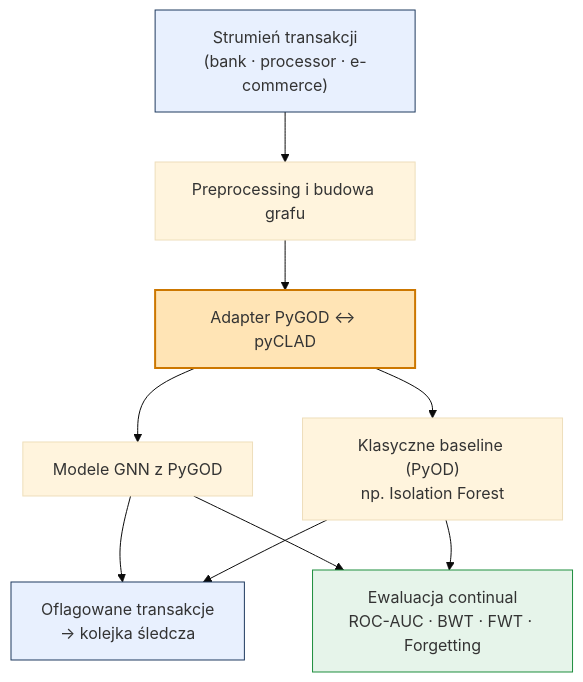
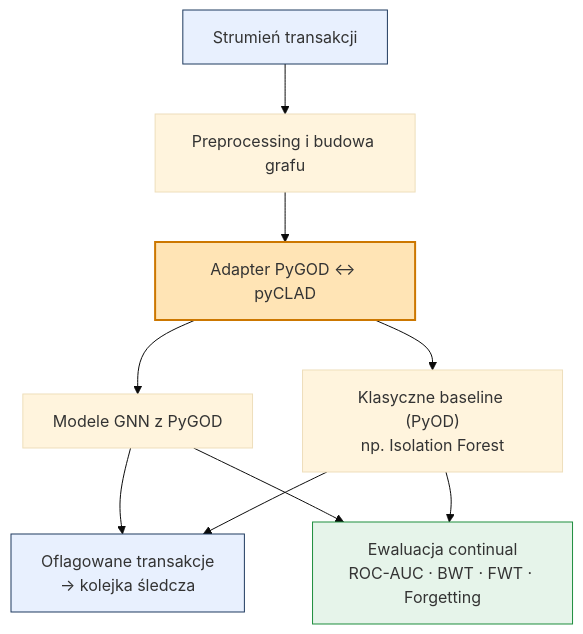
One commit to franciszekjob/continual-graph-fraud-detection changed the diagram in README.md. Above: the diagram before and after it, drawn with Mermaid (base theme).

````diff
--- a/README.md
+++ b/README.md
@@ -64,26 +64,26 @@
 ```mermaid
 flowchart TD
-    S["Strumień transakcji<br/>(bank · processor · e-commerce)"]
+    S["Strumień transakcji"]
     A["Preprocessing i budowa grafu"]
     D["Adapter PyGOD ↔ pyCLAD"]
     E["Modele GNN z PyGOD"]
     F["Klasyczne baseline (PyOD)<br/>np. Isolation Forest"]
     G["Oflagowane transakcje<br/>→ kolejka śledcza"]
     H["Ewaluacja continual<br/>ROC-AUC · BWT · FWT · Forgetting"]
 
     S --> A
     A --> D
     D --> E
     D --> F
     E --> G
     F --> G
     E --> H
     F --> H
 
     classDef adapter fill:#ffe4b5,stroke:#cc7700,stroke-width:2px;
     classDef io fill:#e8f0fe,stroke:#1f3a5f;
     classDef eval fill:#e6f4ea,stroke:#1e8e3e;
     class D adapter;
     class S,G io;
     class H eval;
 ```
````
